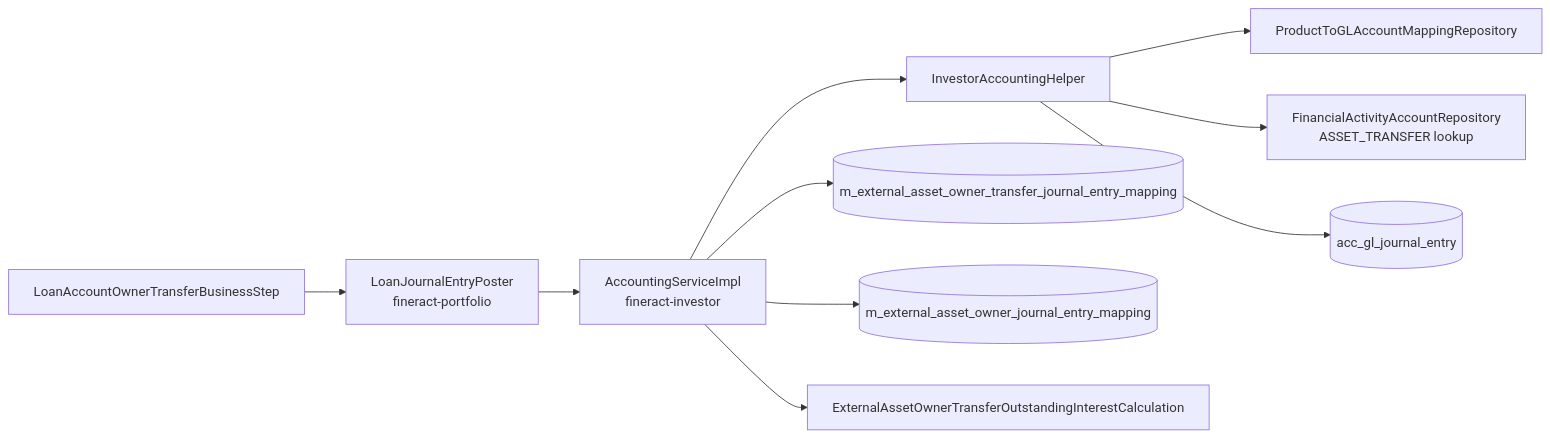
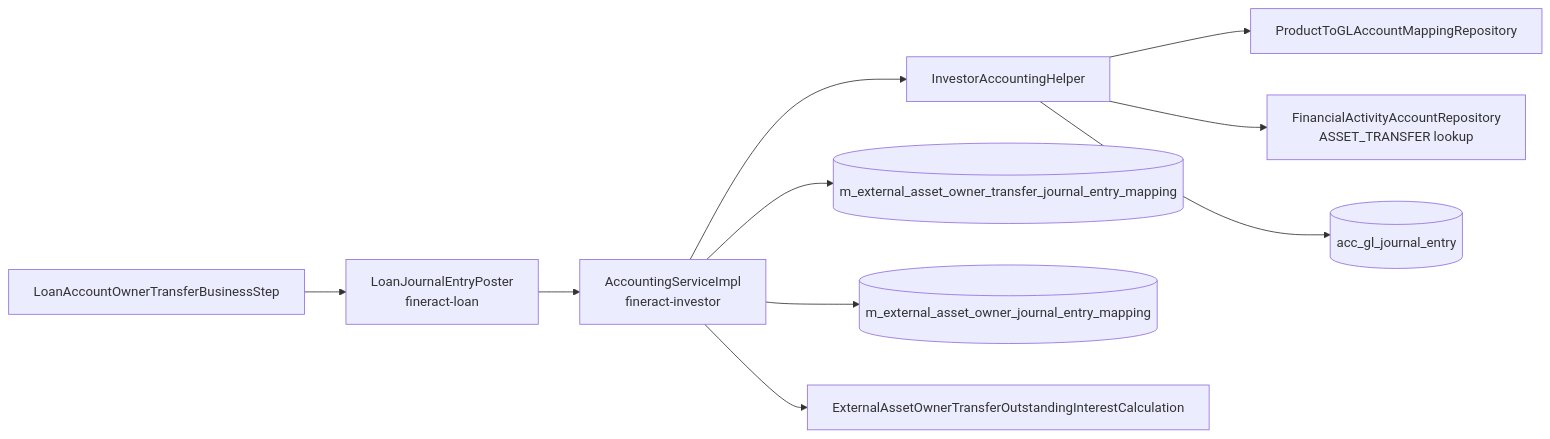
One commit to mintlify-atlas/docs-wiki-31b07890 changed the diagram in investor/accounting-integration.mdx. Above: the diagram before and after it, drawn with Mermaid. The commit also changed other lines of this file and 115 other files, not shown here.

````diff
--- a/investor/accounting-integration.mdx
+++ b/investor/accounting-integration.mdx
@@ -18,12 +18,12 @@
 ```mermaid
 flowchart LR
-    Step[LoanAccountOwnerTransferBusinessStep] --> Poster[LoanJournalEntryPoster<br/>fineract-portfolio]
+    Step[LoanAccountOwnerTransferBusinessStep] --> Poster[LoanJournalEntryPoster<br/>fineract-loan]
     Poster --> AS[AccountingServiceImpl<br/>fineract-investor]
     AS --> Helper[InvestorAccountingHelper]
     Helper --> Mapping[ProductToGLAccountMappingRepository]
     Helper --> FAA[FinancialActivityAccountRepository<br/>ASSET_TRANSFER lookup]
     Helper --> JER[(acc_gl_journal_entry)]
     AS --> TJEM[(m_external_asset_owner_transfer_journal_entry_mapping)]
     AS --> OJEM[(m_external_asset_owner_journal_entry_mapping)]
     AS --> Outstanding[ExternalAssetOwnerTransferOutstandingInterestCalculation]
 ```
````
